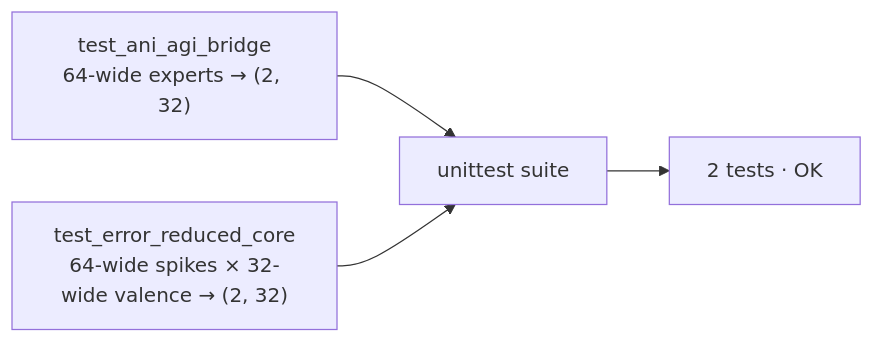
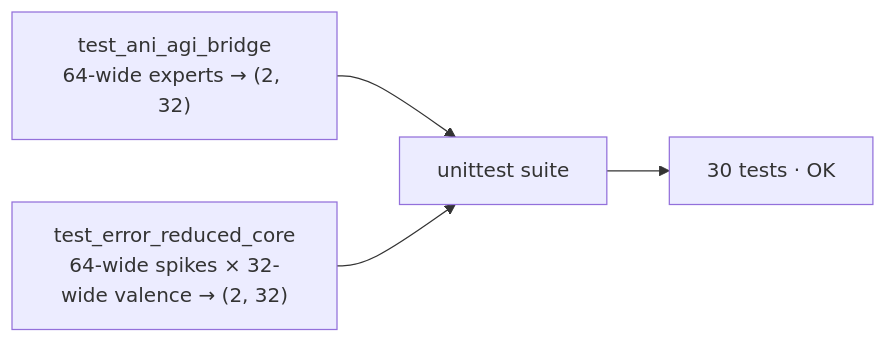
Diagram 55 of 55 in README.md (kimanicollier44-cmyk/SIx), drawn with Mermaid before and after one commit. The commit also changed other lines of this file and 3 other files, not shown here.

````diff
--- a/README.md
+++ b/README.md
@@ -787,6 +839,6 @@
 ```mermaid
 flowchart LR
     T1["test_ani_agi_bridge<br/>64-wide experts → (2, 32)"] --> SUITE["unittest suite"]
     T2["test_error_reduced_core<br/>64-wide spikes × 32-wide valence → (2, 32)"] --> SUITE
-    SUITE --> RESULT["2 tests · OK"]
+    SUITE --> RESULT["30 tests · OK"]
 ```
````
